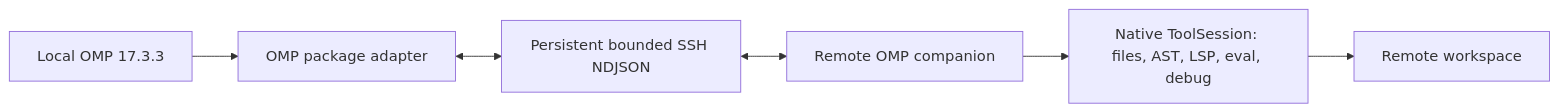
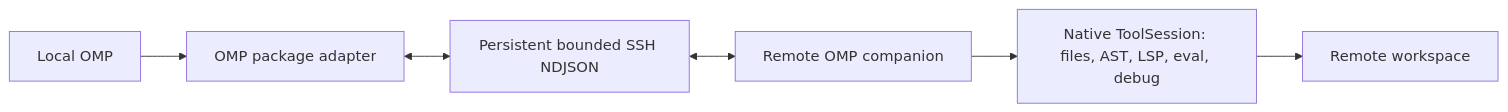
One commit to fuyao66/omp-ssh-remote changed the diagram in packages/omp/README.md. Above: the diagram before and after it, drawn with Mermaid. The commit also changed other lines of this file and 19 other files, not shown here.

First line of the commit message:
feat(omp): admit remote companions by schema, not version pin

````diff
--- a/packages/omp/README.md
+++ b/packages/omp/README.md
@@ -17,8 +17,8 @@
 ```mermaid
 flowchart LR
-  OMP[Local OMP 17.3.3] --> Adapter[OMP package adapter]
+  OMP[Local OMP] --> Adapter[OMP package adapter]
   Adapter <--> SSH[Persistent bounded SSH NDJSON]
   SSH <--> Worker[Remote OMP companion]
   Worker --> Tools[Native ToolSession: files, AST, LSP, eval, debug]
   Tools --> RemoteFS[Remote workspace]
 ```
````
